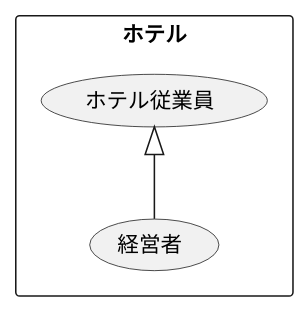
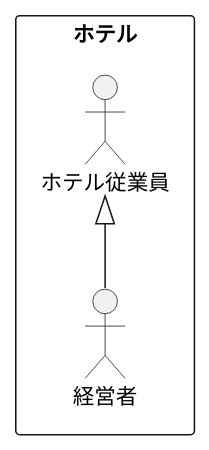
Before and after one commit to tonitonityoppa/uml-introduction: the diagram in 演習2-2_ホテル従業員.pu, drawn with PlantUML.

Commit message:
演習2-2編集

```diff
--- a/演習2-2_ホテル従業員.pu
+++ b/演習2-2_ホテル従業員.pu
@@ -1,8 +1,8 @@
 @startuml ホテル従業員
 ' left to right direction
 rectangle ホテル{
-usecase 経営者 
-usecase ホテル従業員
+actor 経営者 
+actor ホテル従業員
 }
 ホテル従業員<|-- 経営者
 @enduml
```
